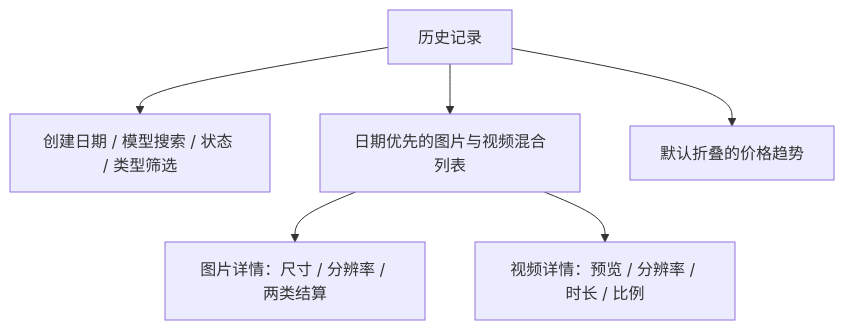
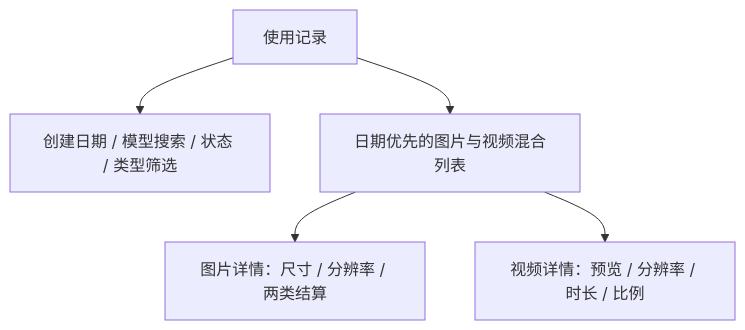
The diagram in docs/plans/2026-07-22-002-feat-unified-history-records-plan.md (FluxCode666/FluxMedia), drawn with Mermaid before and after one commit. The commit also changed other lines of this file and 11 other files, not shown here.

````diff
--- a/docs/plans/2026-07-22-002-feat-unified-history-records-plan.md
+++ b/docs/plans/2026-07-22-002-feat-unified-history-records-plan.md
@@ -51,8 +51,7 @@
 ```mermaid
 flowchart TB
-  H["历史记录"] --> F["创建日期 / 模型搜索 / 状态 / 类型筛选"]
+  H["使用记录"] --> F["创建日期 / 模型搜索 / 状态 / 类型筛选"]
   H --> L["日期优先的图片与视频混合列表"]
   L --> I["图片详情：尺寸 / 分辨率 / 两类结算"]
   L --> V["视频详情：预览 / 分辨率 / 时长 / 比例"]
-  H --> P["默认折叠的价格趋势"]
 ```
````
